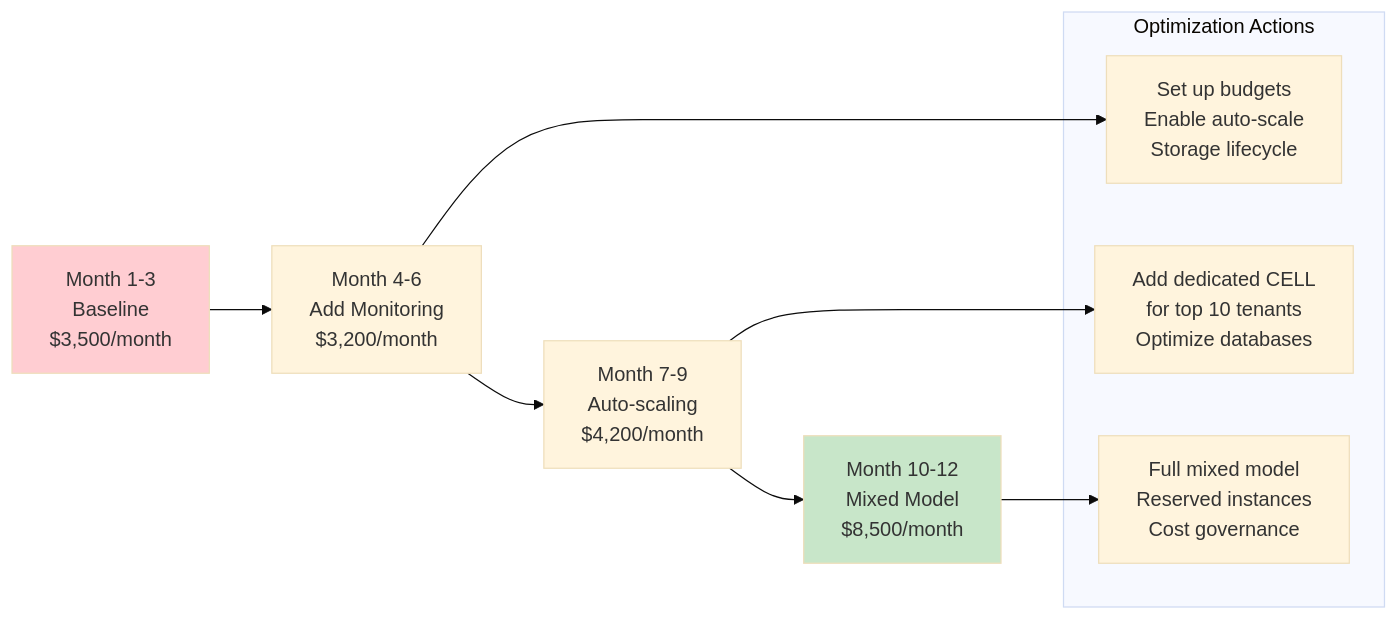
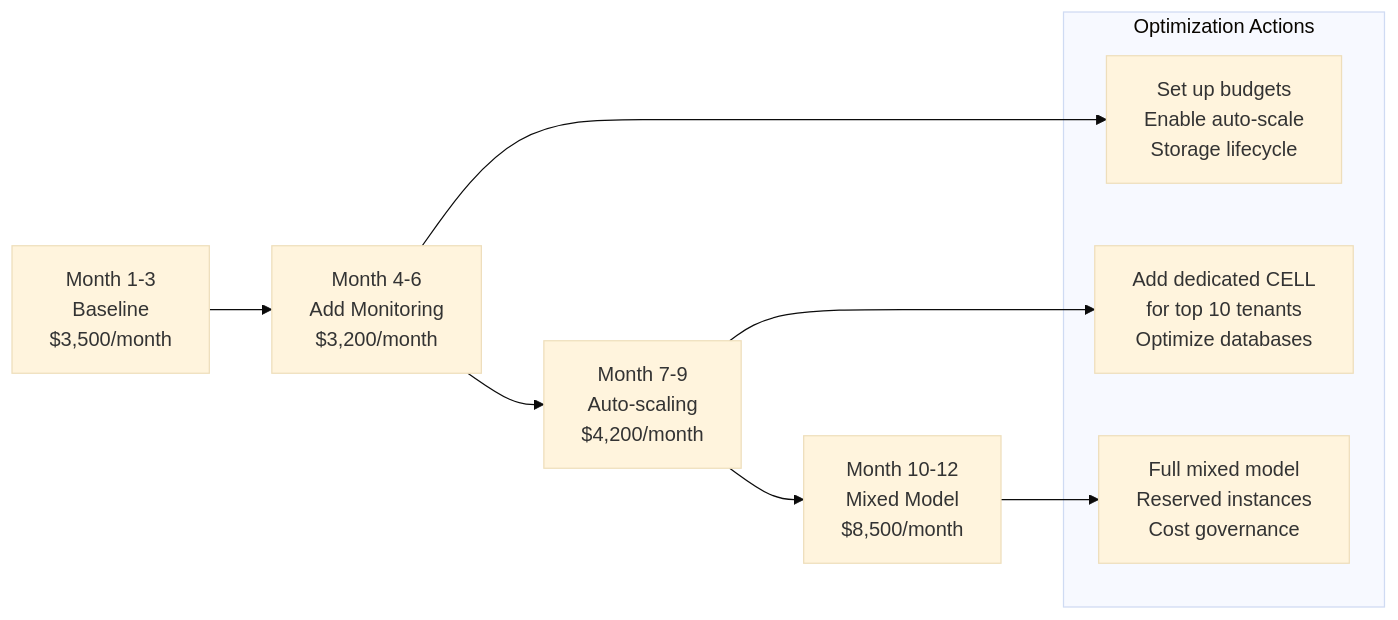
Before and after one commit to srnichols/StampsPattern: the eighth of 9 diagrams in docs/COST_OPTIMIZATION_GUIDE.md, drawn with Mermaid (base theme). The commit also changed other lines of this file and 10 other files, not shown here.

Commit message:
docs: add Mermaid theme sample with per-diagram init (neutral/dark)

````diff
--- a/docs/COST_OPTIMIZATION_GUIDE.md
+++ b/docs/COST_OPTIMIZATION_GUIDE.md
@@ -454,19 +438,17 @@
 ```mermaid
 graph LR
     A[Month 1-3<br/>Baseline<br/>$3,500/month] --> B[Month 4-6<br/>Add Monitoring<br/>$3,200/month]
     B --> C[Month 7-9<br/>Auto-scaling<br/>$4,200/month]
     C --> D[Month 10-12<br/>Mixed Model<br/>$8,500/month]
     
     subgraph "Optimization Actions"
         B1[Set up budgets<br/>Enable auto-scale<br/>Storage lifecycle]
         C1[Add dedicated CELL<br/>for top 10 tenants<br/>Optimize databases]
         D1[Full mixed model<br/>Reserved instances<br/>Cost governance]
     end
     
     B --> B1
     C --> C1
     D --> D1
-    
-    style A fill:#FFCDD2
-    style D fill:#C8E6C9
+
 ```
````
